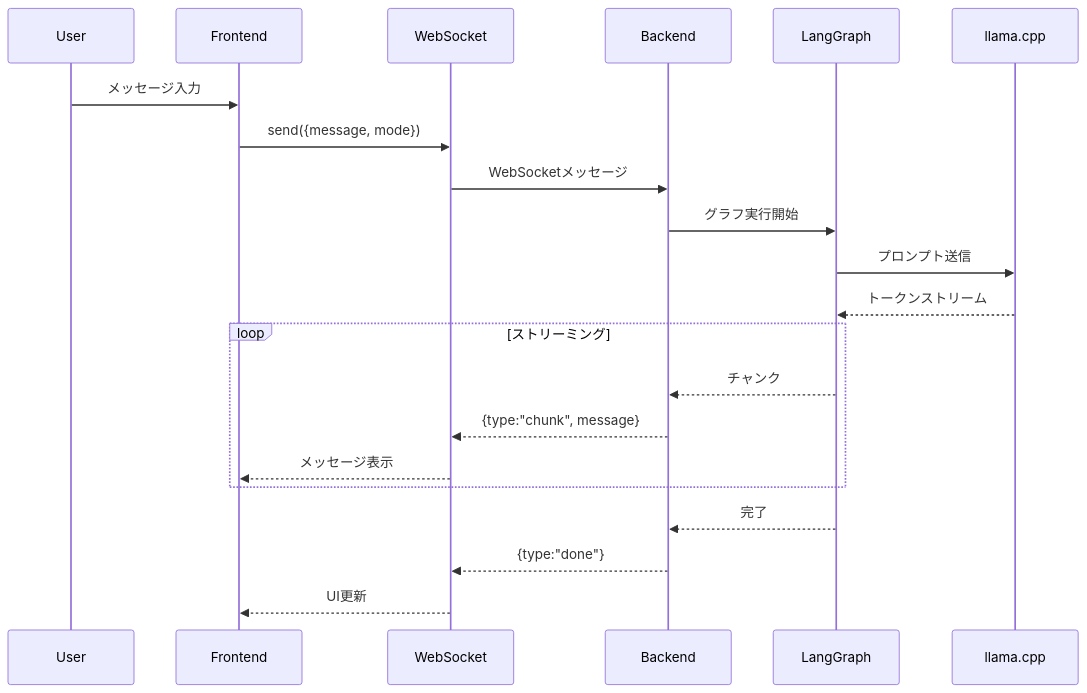
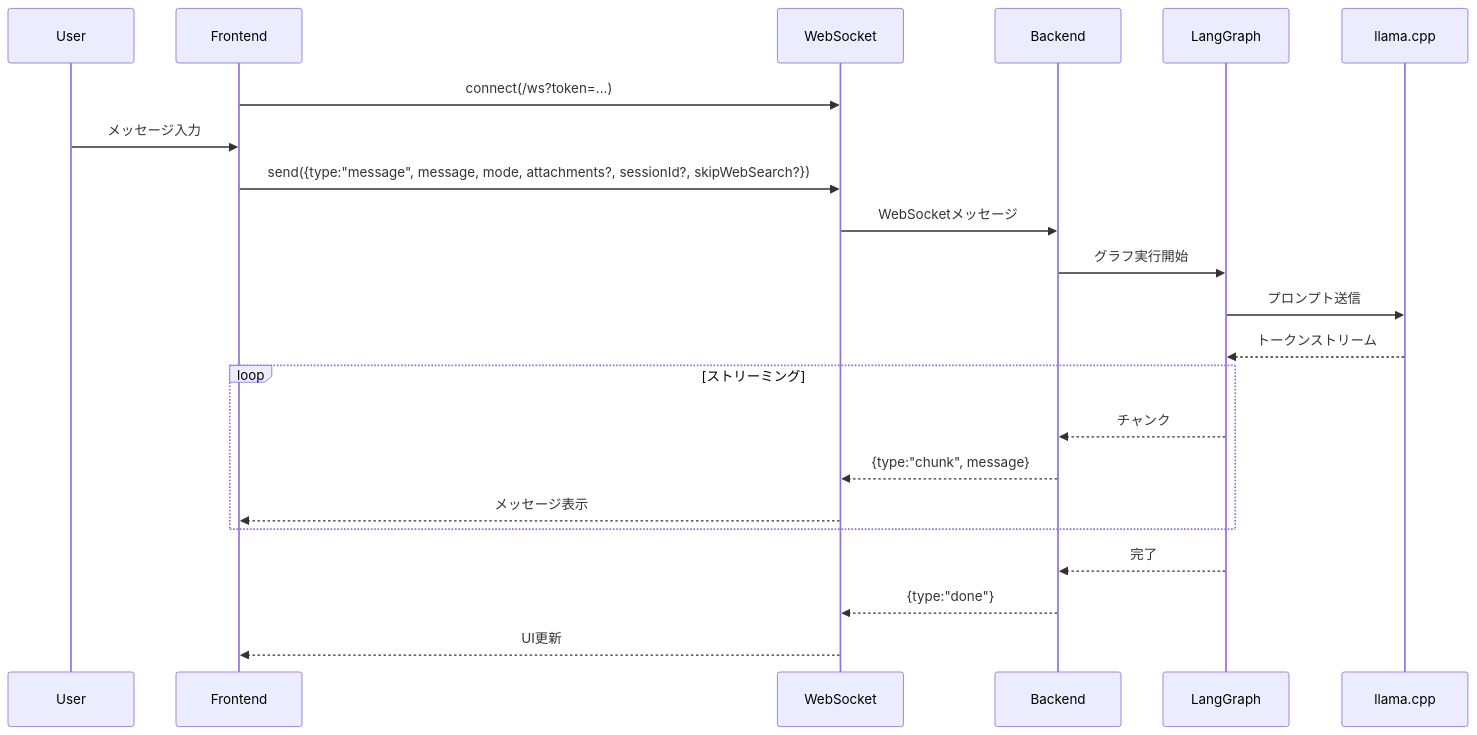
One commit to coco4atJP/Tepora-alpha changed the sixth of 8 diagrams in docs/architecture/ARCHITECTURE.md. Above: the diagram before and after it, drawn with Mermaid. The commit also changed other lines of this file and 74 other files, not shown here.

````diff
--- a/docs/architecture/ARCHITECTURE.md
+++ b/docs/architecture/ARCHITECTURE.md
@@ -1031,24 +1144,25 @@
 ```mermaid
 sequenceDiagram
     participant U as User
     participant F as Frontend
     participant WS as WebSocket
     participant B as Backend
     participant LG as LangGraph
     participant LLM as llama.cpp
 
+    F->>WS: connect(/ws?token=...)
     U->>F: メッセージ入力
-    F->>WS: send({message, mode})
+    F->>WS: send({type:"message", message, mode, attachments?, sessionId?, skipWebSearch?})
     WS->>B: WebSocketメッセージ
     B->>LG: グラフ実行開始
     LG->>LLM: プロンプト送信
     LLM-->>LG: トークンストリーム
     loop ストリーミング
         LG-->>B: チャンク
         B-->>WS: {type:"chunk", message}
         WS-->>F: メッセージ表示
     end
     LG-->>B: 完了
     B-->>WS: {type:"done"}
     WS-->>F: UI更新
 ```
````
